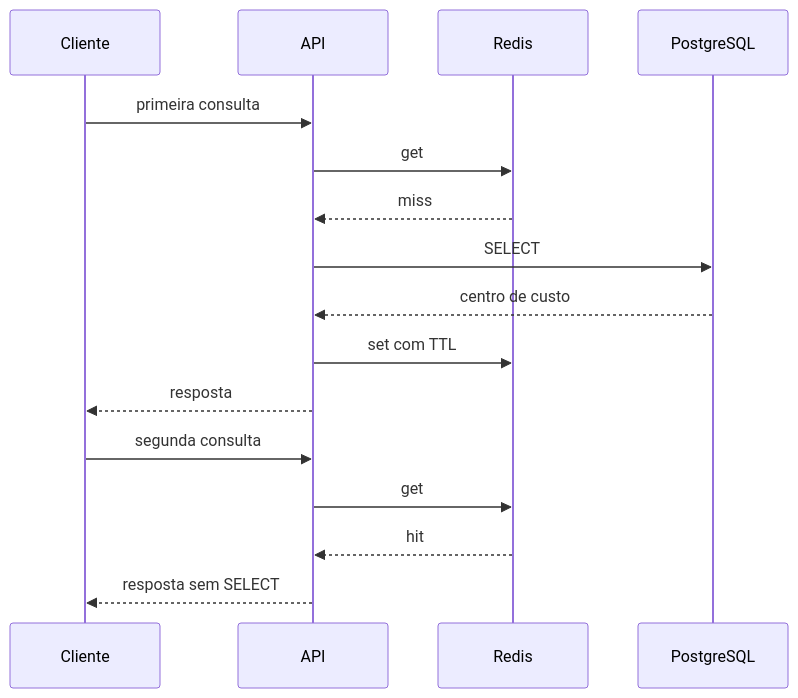
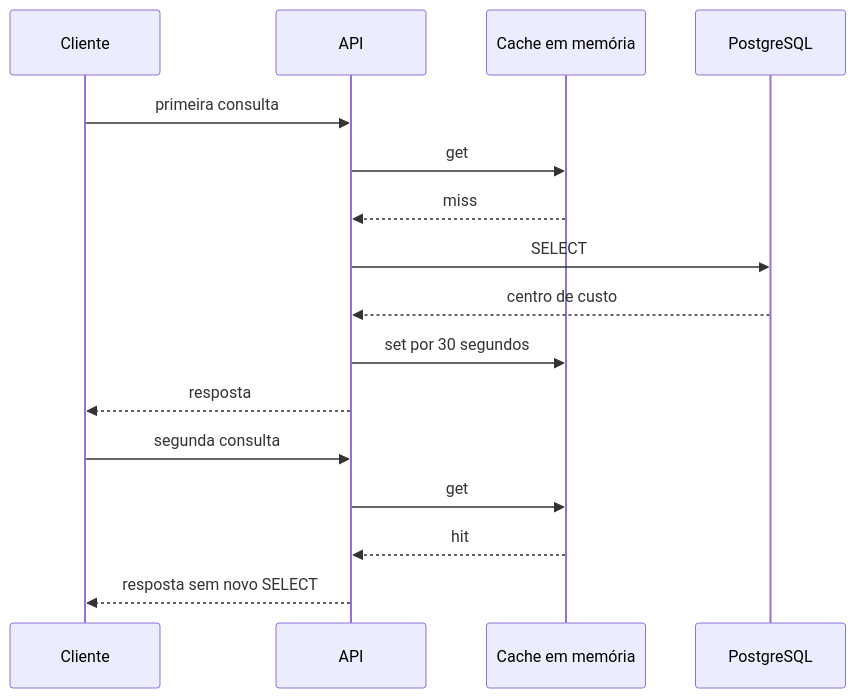
Before and after one commit to luciano-alexandre/sistemas-corporativos: the fifth of 6 diagrams in docs/encontros/encontro-25.md, drawn with Mermaid. The commit also changed other lines of this file and 2 other files, not shown here.

````diff
--- a/docs/encontros/encontro-25.md
+++ b/docs/encontros/encontro-25.md
@@ -542,18 +455,18 @@
 ```mermaid
 sequenceDiagram
     participant C as Cliente
     participant A as API
-    participant R as Redis
+    participant M as Cache em memória
     participant P as PostgreSQL
     C->>A: primeira consulta
-    A->>R: get
-    R-->>A: miss
+    A->>M: get
+    M-->>A: miss
     A->>P: SELECT
     P-->>A: centro de custo
-    A->>R: set com TTL
+    A->>M: set por 30 segundos
     A-->>C: resposta
     C->>A: segunda consulta
-    A->>R: get
-    R-->>A: hit
-    A-->>C: resposta sem SELECT
+    A->>M: get
+    M-->>A: hit
+    A-->>C: resposta sem novo SELECT
 ```
````
